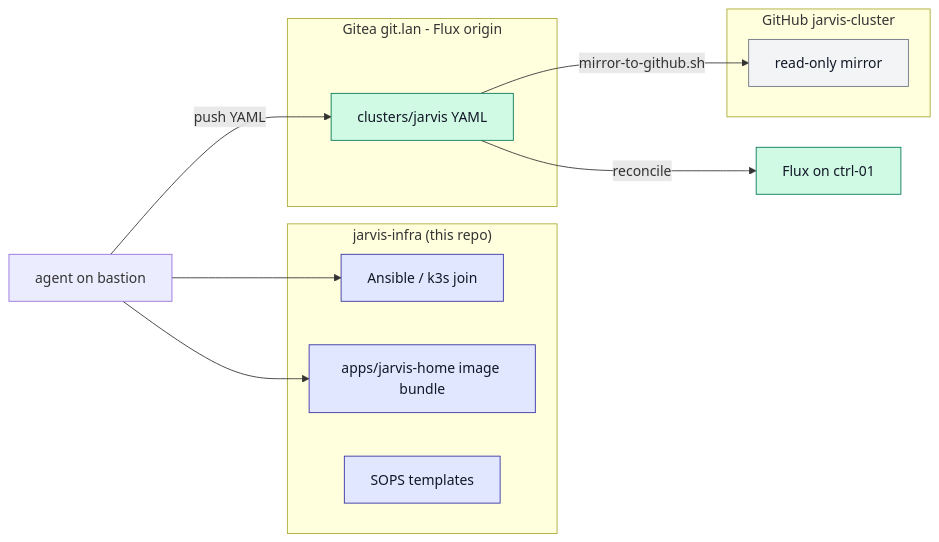
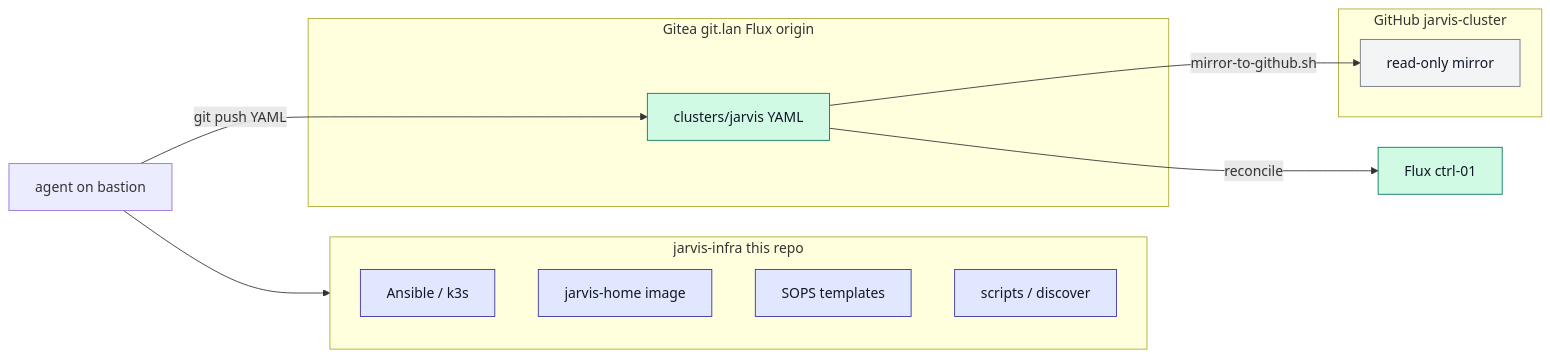
The second of 9 diagrams in README.md (gordoncooper/jarvis-infra), drawn with Mermaid before and after one commit. The commit also changed other lines of this file, not shown here.

Commit message:
docs: infra README is the house map (rack, flows, mermaid)

````diff
--- a/README.md
+++ b/README.md
@@ -37,27 +90,27 @@
 ```mermaid
 flowchart LR
   classDef metal fill:#e0e7ff,stroke:#3730a3,color:#111827
   classDef gitops fill:#d1fae5,stroke:#047857,color:#111827
   classDef mirror fill:#f3f4f6,stroke:#6b7280,color:#111827
 
-  subgraph metal["jarvis-infra  (this repo)"]
-    ansible["Ansible / k3s join"]
-    image["apps/jarvis-home image bundle"]
+  subgraph thisRepo["jarvis-infra  this repo"]
+    ansible["Ansible / k3s"]
+    image["jarvis-home image"]
     secrets["SOPS templates"]
+    scripts["scripts / discover"]
   end
-  subgraph gitops["Gitea git.lan  - Flux origin"]
+  subgraph gitea["Gitea git.lan  Flux origin"]
     yaml["clusters/jarvis YAML"]
   end
-  subgraph mirror["GitHub jarvis-cluster"]
-    gh["read-only mirror"]
+  subgraph gh["GitHub jarvis-cluster"]
+    mir["read-only mirror"]
   end
-  agentN["agent on bastion"] --> ansible
-  agentN --> image
-  agentN -->|"push YAML"| yaml
-  yaml -->|"reconcile"| flux["Flux on ctrl-01"]
-  yaml -->|"mirror-to-github.sh"| gh
+  agentN["agent on bastion"] --> thisRepo
+  agentN -->|"git push YAML"| yaml
+  yaml -->|"reconcile"| flux["Flux ctrl-01"]
+  yaml -->|"mirror-to-github.sh"| mir
 
-  class ansible,image,secrets metal
+  class ansible,image,secrets,scripts metal
   class yaml,flux gitops
-  class gh mirror
+  class mir mirror
 ```
````
